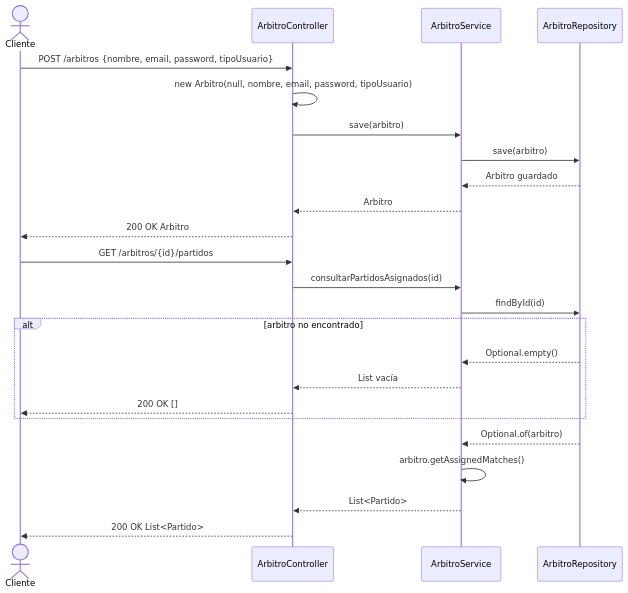
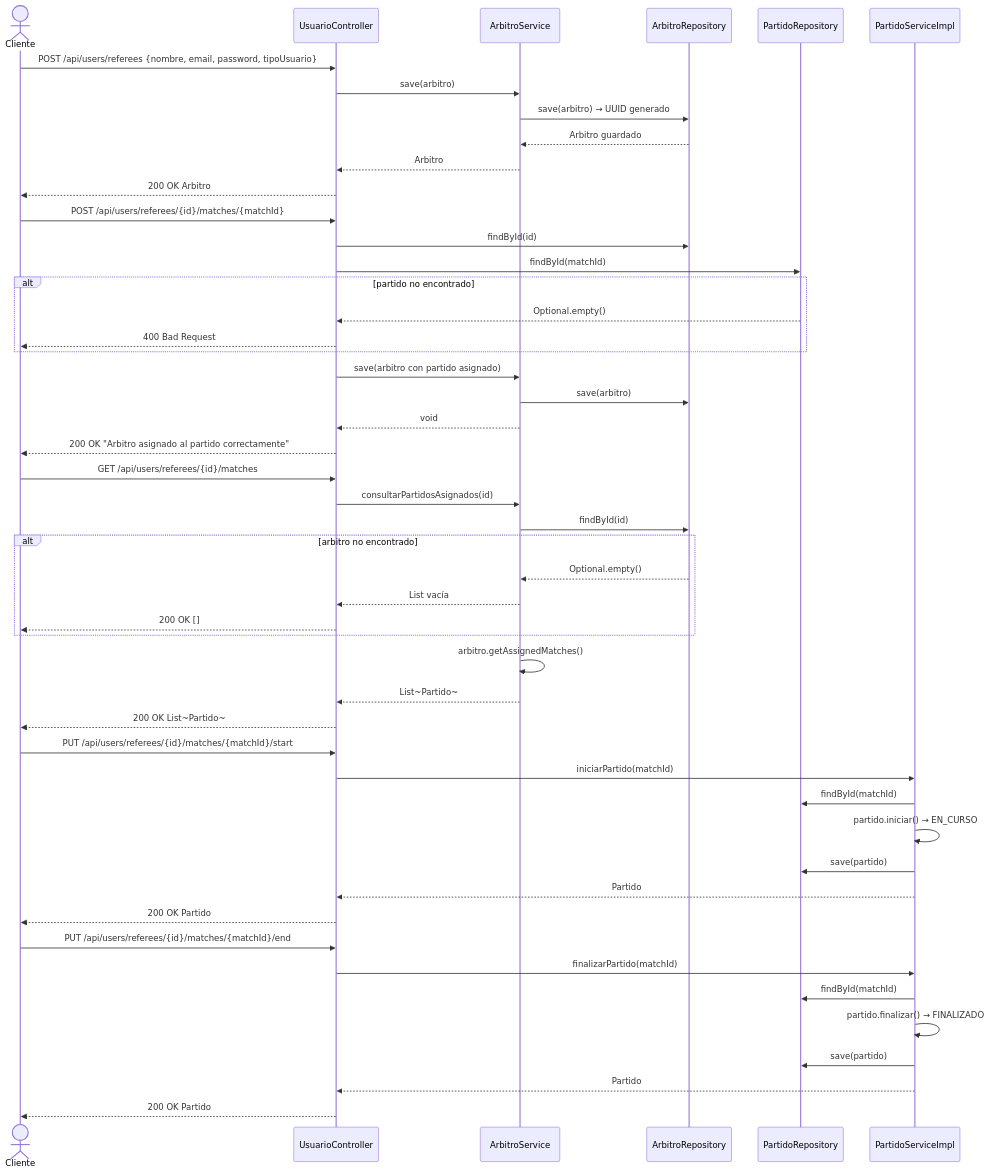
The diagram in docs/uml/diagramas-secuencia/10-arbitros.md (nglsz006/SFC_techcup-futbol), drawn with Mermaid before and after one commit. The commit also changed 22 other files, not shown here.

Commit message:
feat: UUID migration, OAuth2 fix, updated Mermaid diagrams and README Sprint 4

````diff
--- a/docs/uml/diagramas-secuencia/10-arbitros.md
+++ b/docs/uml/diagramas-secuencia/10-arbitros.md
@@ -3,30 +3,61 @@
 ```mermaid
 sequenceDiagram
     actor Cliente
-    participant ArbitroController
+    participant UsuarioController
     participant ArbitroService
     participant ArbitroRepository
+    participant PartidoRepository
+    participant PartidoServiceImpl
 
-    %% Crear arbitro
-    Cliente->>ArbitroController: POST /arbitros {nombre, email, password, tipoUsuario}
-    ArbitroController->>ArbitroController: new Arbitro(null, nombre, email, password, tipoUsuario)
-    ArbitroController->>ArbitroService: save(arbitro)
+    %% Crear arbitro via admin
+    Cliente->>UsuarioController: POST /api/users/referees {nombre, email, password, tipoUsuario}
+    UsuarioController->>ArbitroService: save(arbitro)
+    ArbitroService->>ArbitroRepository: save(arbitro) → UUID generado
+    ArbitroRepository-->>ArbitroService: Arbitro guardado
+    ArbitroService-->>UsuarioController: Arbitro
+    UsuarioController-->>Cliente: 200 OK Arbitro
+
+    %% Asignar partido a arbitro
+    Cliente->>UsuarioController: POST /api/users/referees/{id}/matches/{matchId}
+    UsuarioController->>ArbitroRepository: findById(id)
+    UsuarioController->>PartidoRepository: findById(matchId)
+    alt partido no encontrado
+        PartidoRepository-->>UsuarioController: Optional.empty()
+        UsuarioController-->>Cliente: 400 Bad Request
+    end
+    UsuarioController->>ArbitroService: save(arbitro con partido asignado)
     ArbitroService->>ArbitroRepository: save(arbitro)
-    ArbitroRepository-->>ArbitroService: Arbitro guardado
-    ArbitroService-->>ArbitroController: Arbitro
-    ArbitroController-->>Cliente: 200 OK Arbitro
+    ArbitroService-->>UsuarioController: void
+    UsuarioController-->>Cliente: 200 OK "Arbitro asignado al partido correctamente"
 
     %% Consultar partidos asignados
-    Cliente->>ArbitroController: GET /arbitros/{id}/partidos
-    ArbitroController->>ArbitroService: consultarPartidosAsignados(id)
+    Cliente->>UsuarioController: GET /api/users/referees/{id}/matches
+    UsuarioController->>ArbitroService: consultarPartidosAsignados(id)
     ArbitroService->>ArbitroRepository: findById(id)
     alt arbitro no encontrado
         ArbitroRepository-->>ArbitroService: Optional.empty()
-        ArbitroService-->>ArbitroController: List vacía
-        ArbitroController-->>Cliente: 200 OK []
+        ArbitroService-->>UsuarioController: List vacía
+        UsuarioController-->>Cliente: 200 OK []
     end
-    ArbitroRepository-->>ArbitroService: Optional.of(arbitro)
     ArbitroService->>ArbitroService: arbitro.getAssignedMatches()
-    ArbitroService-->>ArbitroController: List<Partido>
-    ArbitroController-->>Cliente: 200 OK List<Partido>
+    ArbitroService-->>UsuarioController: List~Partido~
+    UsuarioController-->>Cliente: 200 OK List~Partido~
+
+    %% Iniciar partido
+    Cliente->>UsuarioController: PUT /api/users/referees/{id}/matches/{matchId}/start
+    UsuarioController->>PartidoServiceImpl: iniciarPartido(matchId)
+    PartidoServiceImpl->>PartidoRepository: findById(matchId)
+    PartidoServiceImpl->>PartidoServiceImpl: partido.iniciar() → EN_CURSO
+    PartidoServiceImpl->>PartidoRepository: save(partido)
+    PartidoServiceImpl-->>UsuarioController: Partido
+    UsuarioController-->>Cliente: 200 OK Partido
+
+    %% Finalizar partido
+    Cliente->>UsuarioController: PUT /api/users/referees/{id}/matches/{matchId}/end
+    UsuarioController->>PartidoServiceImpl: finalizarPartido(matchId)
+    PartidoServiceImpl->>PartidoRepository: findById(matchId)
+    PartidoServiceImpl->>PartidoServiceImpl: partido.finalizar() → FINALIZADO
+    PartidoServiceImpl->>PartidoRepository: save(partido)
+    PartidoServiceImpl-->>UsuarioController: Partido
+    UsuarioController-->>Cliente: 200 OK Partido
 ```
````
